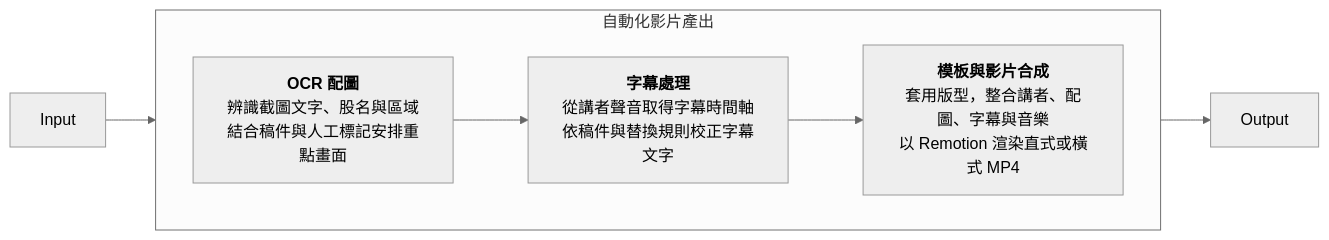
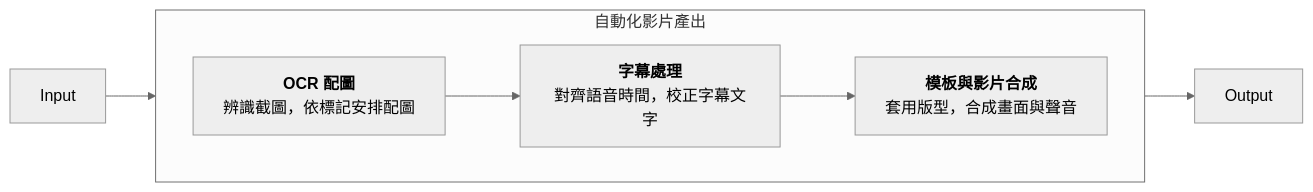
Before and after one commit to leighly93/marketing-workbrench: the second of 2 diagrams in README.md, drawn with Mermaid (neutral theme).

Commit message:
docs: condense production diagram descriptions

````diff
--- a/README.md
+++ b/README.md
@@ -38,13 +38,13 @@
 ```mermaid
 flowchart LR
     productionInput["Input"]
     subgraph automatedProduction["自動化影片產出"]
         direction LR
-        ocrImages["<b>OCR 配圖</b><br/>辨識截圖文字、股名與區域<br/>結合稿件與人工標記安排重點畫面"]
-        subtitleProcessing["<b>字幕處理</b><br/>從講者聲音取得字幕時間軸<br/>依稿件與替換規則校正字幕文字"]
-        templateComposition["<b>模板與影片合成</b><br/>套用版型，整合講者、配圖、字幕與音樂<br/>以 Remotion 渲染直式或橫式 MP4"]
+        ocrImages["<b>OCR 配圖</b><br/>辨識截圖，依標記安排配圖"]
+        subtitleProcessing["<b>字幕處理</b><br/>對齊語音時間，校正字幕文字"]
+        templateComposition["<b>模板與影片合成</b><br/>套用版型，合成畫面與聲音"]
         ocrImages --> subtitleProcessing --> templateComposition
     end
     productionInput --> ocrImages
     templateComposition --> productionOutput["Output"]
 ```
````
